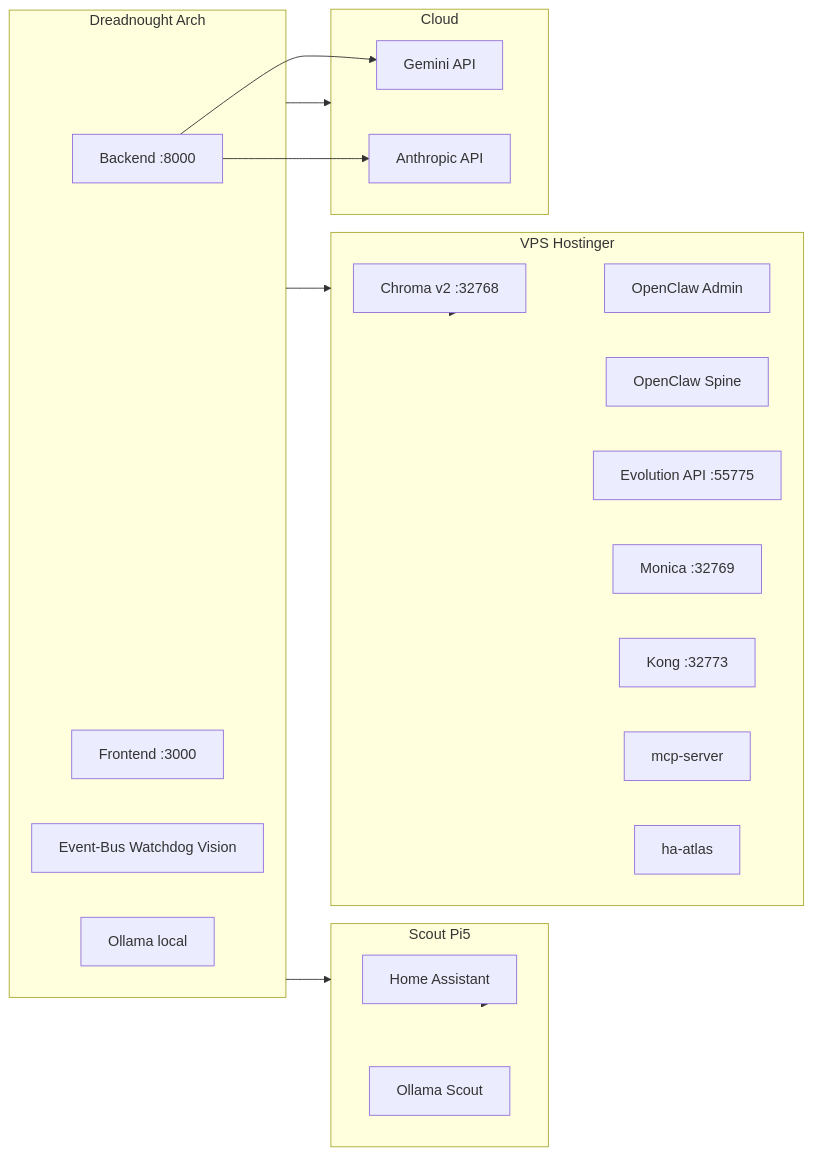
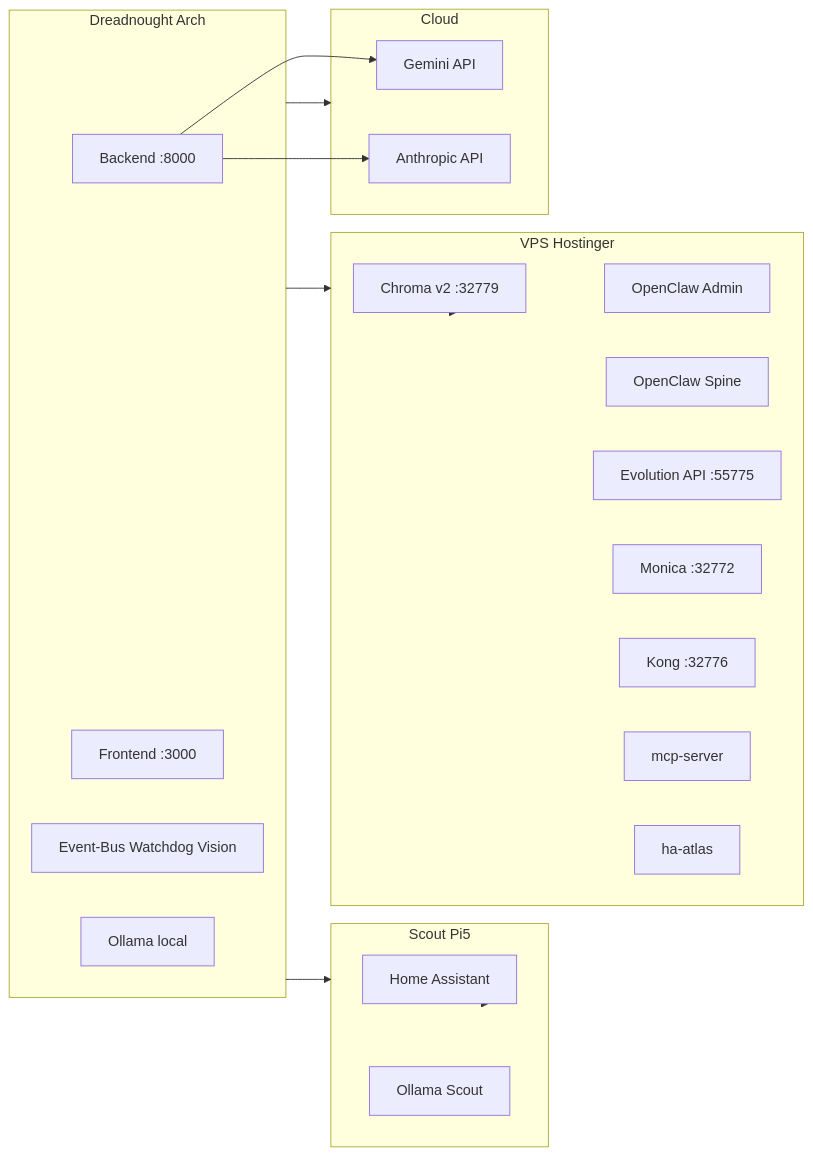
Before and after one commit to Crow11111/CORE: the diagram in docs/02_ARCHITECTURE/OMEGA_LINUX_ORCHESTRATION.md, drawn with Mermaid. The commit also changed other lines of this file, not shown here.

Commit message:
Auto-Resonance: docs/02_ARCHITECTURE/OMEGA_LINUX_ORCHESTRATION.md

````diff
--- a/docs/02_ARCHITECTURE/OMEGA_LINUX_ORCHESTRATION.md
+++ b/docs/02_ARCHITECTURE/OMEGA_LINUX_ORCHESTRATION.md
@@ -11,35 +11,35 @@
 ```mermaid
 flowchart LR
   subgraph Dreadnought [Dreadnought Arch]
     Backend[Backend :8000]
     Frontend[Frontend :3000]
     Daemons[Event-Bus Watchdog Vision]
     OllamaLocal[Ollama local]
   end
   subgraph Scout [Scout Pi5]
     HA[Home Assistant]
     OllamaScout[Ollama Scout]
   end
   subgraph VPS [VPS Hostinger]
-    Chroma[Chroma v2 :32768]
+    Chroma[Chroma v2 :32779]
     OC_Admin[OpenClaw Admin]
     OC_Spine[OpenClaw Spine]
     Evolution[Evolution API :55775]
-    Monica[Monica :32769]
-    Kong[Kong :32773]
+    Monica[Monica :32772]
+    Kong[Kong :32776]
     MCP[mcp-server]
     HA_Atlas[ha-atlas]
   end
   subgraph Cloud [Cloud]
     Gemini[Gemini API]
     Anthropic[Anthropic API]
   end
   Dreadnought --> Scout
   Dreadnought --> VPS
   Dreadnought --> Cloud
   Scout --> HA
   VPS --> Chroma
   VPS --> OC_Admin
   Backend --> Gemini
   Backend --> Anthropic
 ```
````
